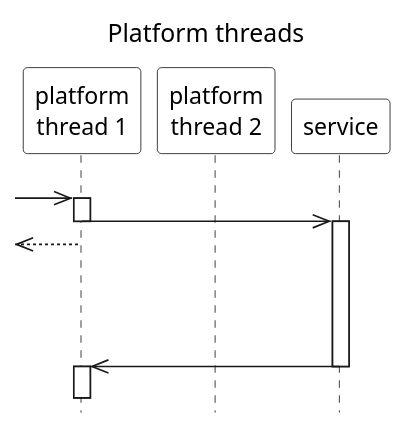
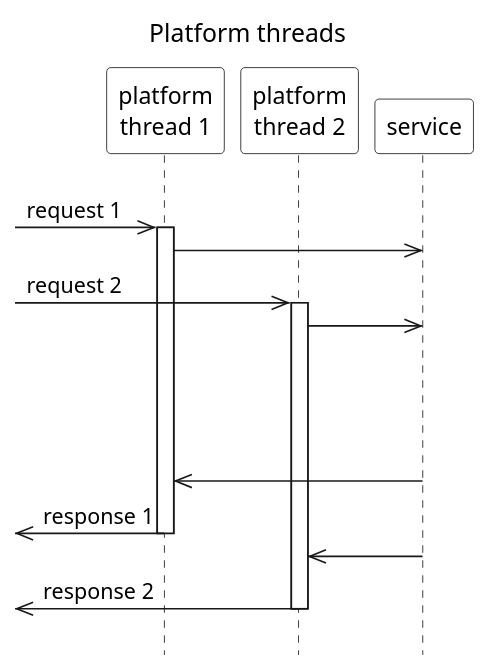
The diagram in images/platform_threads.puml (ti-cortex-m4/demo-java-virtual-threads2), drawn with PlantUML before and after one commit.

```diff
--- a/images/platform_threads.puml
+++ b/images/platform_threads.puml
@@ -1,59 +1,68 @@
 @startuml
 
 '!pragma teoz true
 
 title Platform threads
 
 scale 1.1
 hide footbox
 skinparam monochrome true
 skinparam defaultFontName Source Sans Pro
 skinparam titleFontSize 15
 skinparam titleFontStyle normal
 skinparam sequenceMessageAlign left
 skinparam participantBackgroundColor #white
 skinparam noteBackgroundColor #white
 skinparam sequenceGroupBackgroundColor #white
 
 participant "platform\nthread 1" as PlatformThread1
 participant "platform\nthread 2" as PlatformThread2
 participant "service" as Service
 
 ||10||
 
-->> PlatformThread1 ++
-'activate PlatformThread1
-& PlatformThread1->>Service --++
+->> PlatformThread1: request 1
+activate PlatformThread1
+PlatformThread1->>Service
 'activate Service
-'deactivate PlatformThread1
-& <<-- PlatformThread1
-'activate PlatformThread1 #gray
+
+->> PlatformThread2: request 2
+activate PlatformThread2
+PlatformThread2->>Service
 
 '->> PlatformThread2
 'activate PlatformThread2
 'PlatformThread2->>Service
 'deactivate PlatformThread2
 '<-[hidden]- PlatformThread2
 'activate PlatformThread2 #gray
 
-||60||
+||80||
 
-Service->>PlatformThread1 --++
+Service->>PlatformThread1
 'deactivate Service
+<<- PlatformThread1: response 1
+deactivate PlatformThread1
+
+Service->>PlatformThread2
+'deactivate Service
+<<- PlatformThread2: response 2
+deactivate PlatformThread2
+
 'deactivate PlatformThread1
-'& <<-[hidden]- PlatformThread1
+'deactivate PlatformThread1
+'& <<-- PlatformThread1
 'activate PlatformThread1
-'<<- PlatformThread1
-'deactivate PlatformThread1
+
 
 'Service->>PlatformThread2
 'deactivate Service
 'deactivate PlatformThread2
 '<-[hidden]- PlatformThread2
 'activate PlatformThread2
 '<<- PlatformThread2
 'deactivate PlatformThread2
 
 ||10||
 
 @enduml
```
